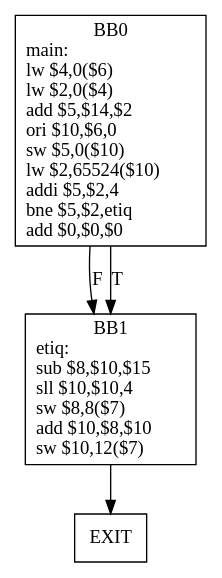
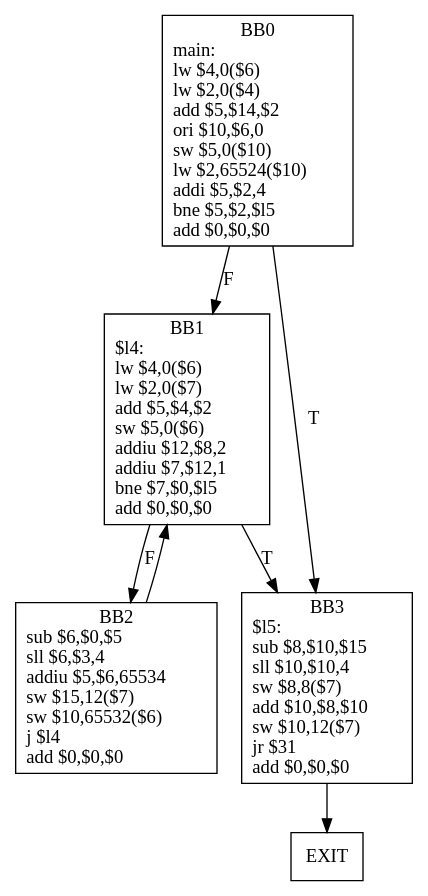
The diagram in CoursCA/CodeEtudiant2019/CodeEtudiant/tmp/ex_td_cfg_func_0.dot (lisuxue/CA), drawn with Graphviz before and after one commit. The commit also changed 24 other files, not shown here.

```diff
--- a/CoursCA/CodeEtudiant2019/CodeEtudiant/tmp/ex_td_cfg_func_0.dot
+++ b/CoursCA/CodeEtudiant2019/CodeEtudiant/tmp/ex_td_cfg_func_0.dot
@@ -1,8 +1,13 @@
 digraph G1 {
 node [shape = box];
-BB0 [label = "BB0\nmain:\llw $4,0($6)\llw $2,0($4)\ladd $5,$14,$2\lori $10,$6,0\lsw $5,0($10)\llw $2,65524($10)\laddi $5,$2,4\lbne $5,$2,etiq\ladd $0,$0,$0\l"] ;
+BB0 [label = "BB0\nmain:\llw $4,0($6)\llw $2,0($4)\ladd $5,$14,$2\lori $10,$6,0\lsw $5,0($10)\llw $2,65524($10)\laddi $5,$2,4\lbne $5,$2,$l5\ladd $0,$0,$0\l"] ;
 BB0 -> BB1 [style = filled, label = "F"];
-BB0 -> BB1[style = filled, label = "T"];
-BB1 [label = "BB1\netiq:\lsub $8,$10,$15\lsll $10,$10,4\lsw $8,8($7)\ladd $10,$8,$10\lsw $10,12($7)\l"] ;
-BB1 -> EXIT  [style = filled, label = ""];
+BB0 -> BB3[style = filled, label = "T"];
+BB1 [label = "BB1\n$l4:\llw $4,0($6)\llw $2,0($7)\ladd $5,$4,$2\lsw $5,0($6)\laddiu $12,$8,2\laddiu $7,$12,1\lbne $7,$0,$l5\ladd $0,$0,$0\l"] ;
+BB1 -> BB2 [style = filled, label = "F"];
+BB1 -> BB3[style = filled, label = "T"];
+BB2 [label = "BB2\nsub $6,$0,$5\lsll $6,$3,4\laddiu $5,$6,65534\lsw $15,12($7)\lsw $10,65532($6)\lj $l4\ladd $0,$0,$0\l"] ;
+BB2 -> BB1 [style = filled, label = ""];
+BB3 [label = "BB3\n$l5:\lsub $8,$10,$15\lsll $10,$10,4\lsw $8,8($7)\ladd $10,$8,$10\lsw $10,12($7)\ljr $31\ladd $0,$0,$0\l"] ;
+BB3 -> EXIT  [style = filled, label = ""];
 }
```
